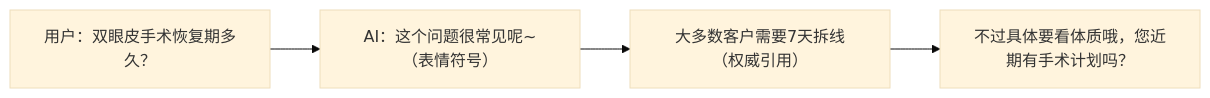
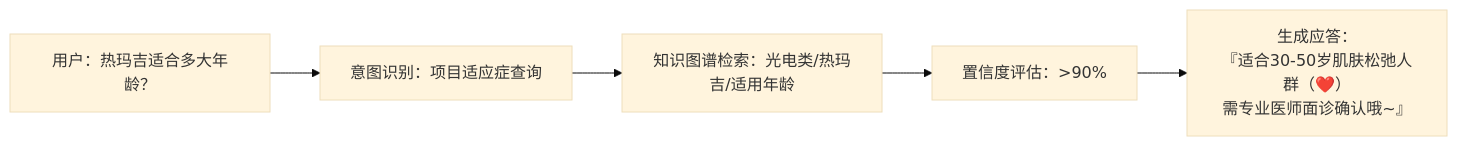
The fifth of 9 diagrams in _posts/2025-04-10-一种客服咨询类Agent设计方案.md (thedeathsheep/pocaster.github.io), drawn with Mermaid (base theme) before and after one commit. The commit also changed other lines of this file and 2 other files, not shown here.

```diff
--- a/_posts/2025-04-10-一种客服咨询类Agent设计方案.md
+++ b/_posts/2025-04-10-一种客服咨询类Agent设计方案.md
@@ -117,7 +141,7 @@
 <div class="mermaid">
 flowchart LR
-    U["用户：双眼皮手术恢复期多久？"] 
-    --> A1["AI：这个问题很常见呢~（表情符号）"]
-    --> A2["大多数客户需要7天拆线（权威引用）"]
-    --> A3["不过具体要看体质哦，您近期有手术计划吗？"]
+    U["用户：热玛吉适合多大年龄？"] --> S1["意图识别：项目适应症查询"]
+    S1 --> S2["知识图谱检索：光电类/热玛吉/适用年龄"]
+    S2 --> S3["置信度评估：>90%"]
+    S3 --> S4["生成应答：<br>『适合30-50岁肌肤松弛人群（❤️）<br>需专业医师面诊确认哦~』"]
 </div>
```
